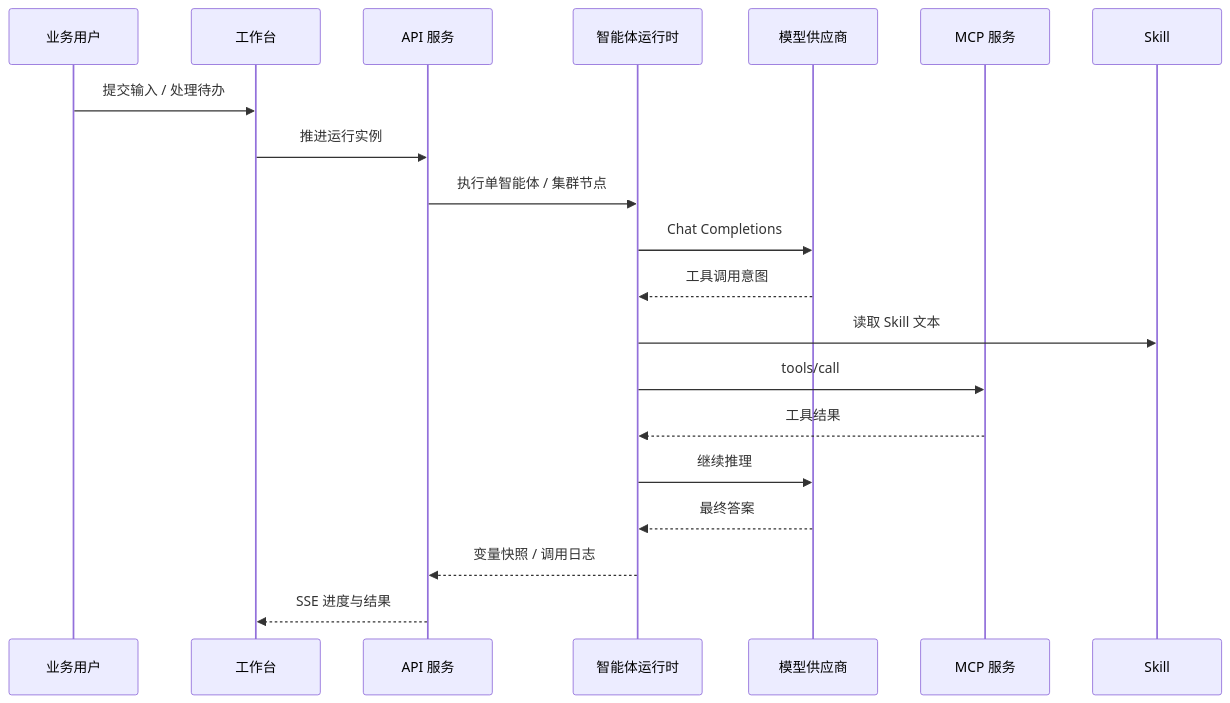
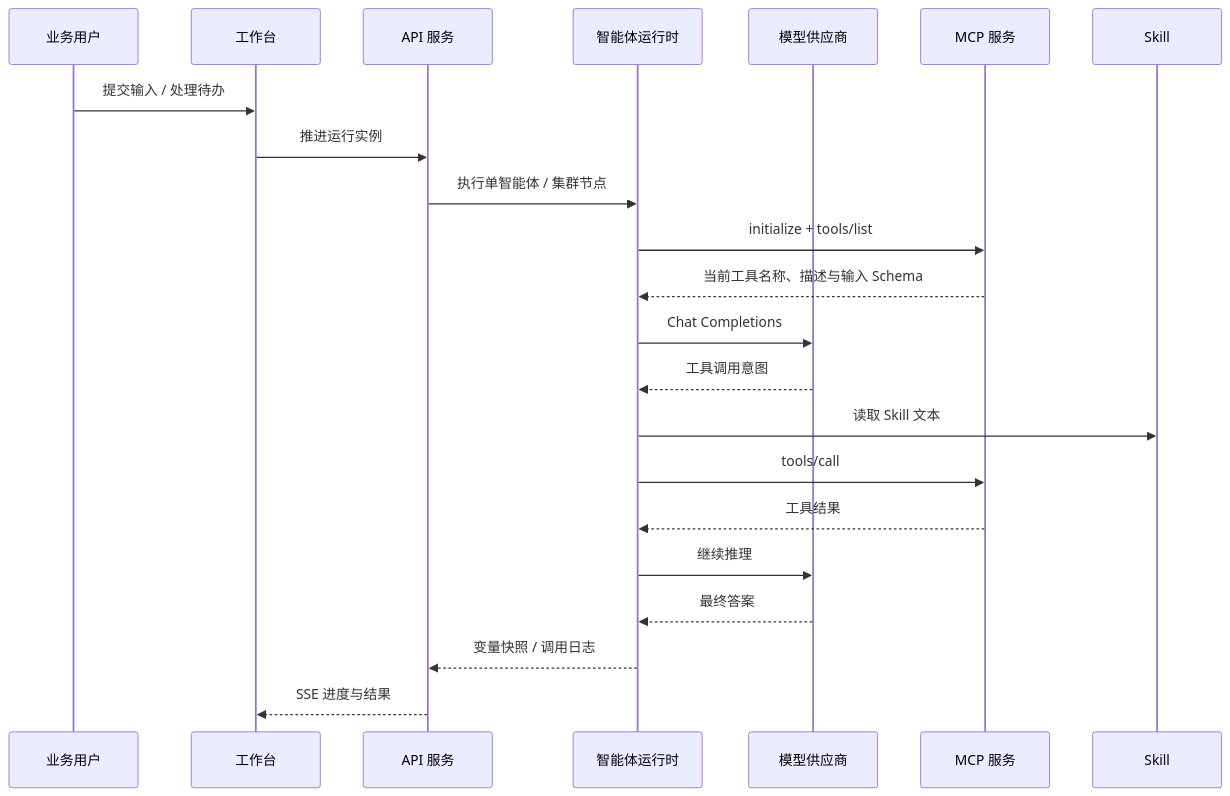
Before and after one commit to tsukiga-kirei/Agentum: the second of 2 diagrams in README.md, drawn with Mermaid. The commit also changed 17 other files, not shown here.

````diff
--- a/README.md
+++ b/README.md
@@ -88,23 +88,25 @@
 ```mermaid
 sequenceDiagram
   participant U as 业务用户
   participant W as 工作台
   participant API as API 服务
   participant RT as 智能体运行时
   participant M as 模型供应商
   participant MCP as MCP 服务
   participant S as Skill
 
   U->>W: 提交输入 / 处理待办
   W->>API: 推进运行实例
   API->>RT: 执行单智能体 / 集群节点
+  RT->>MCP: initialize + tools/list
+  MCP-->>RT: 当前工具名称、描述与输入 Schema
   RT->>M: Chat Completions
   M-->>RT: 工具调用意图
   RT->>S: 读取 Skill 文本
   RT->>MCP: tools/call
   MCP-->>RT: 工具结果
   RT->>M: 继续推理
   M-->>RT: 最终答案
   RT-->>API: 变量快照 / 调用日志
   API-->>W: SSE 进度与结果
 ```
````
